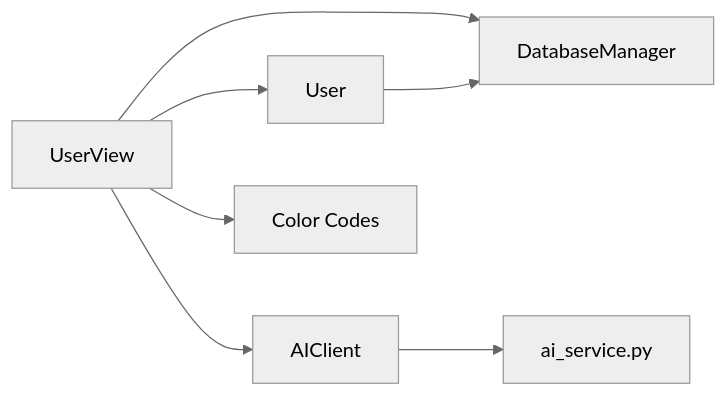
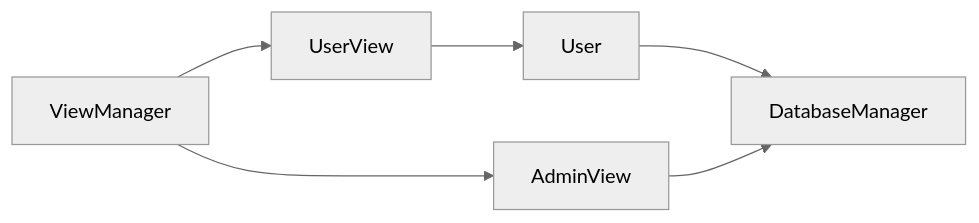
The sixth of 7 diagrams in .qoder/repowiki/zh/content/核心模块详解/用户模块.md (jinpeng900/OJ-Test), drawn with Mermaid (neutral theme) before and after one commit. The commit also changed other lines of this file and 147 other files, not shown here.

````diff
--- a/.qoder/repowiki/zh/content/核心模块详解/用户模块.md
+++ b/.qoder/repowiki/zh/content/核心模块详解/用户模块.md
@@ -313,9 +300,8 @@
 ```mermaid
 graph LR
 UV["UserView"] --> U["User"]
-UV --> DM["DatabaseManager"]
-UV --> AC["AIClient"]
-U --> DM
-AC --> PY["ai_service.py"]
-UV --> CC["Color Codes"]
+U --> DB["DatabaseManager"]
+VM["ViewManager"] --> UV
+VM --> AV["AdminView"]
+AV --> DB
 ```
````
